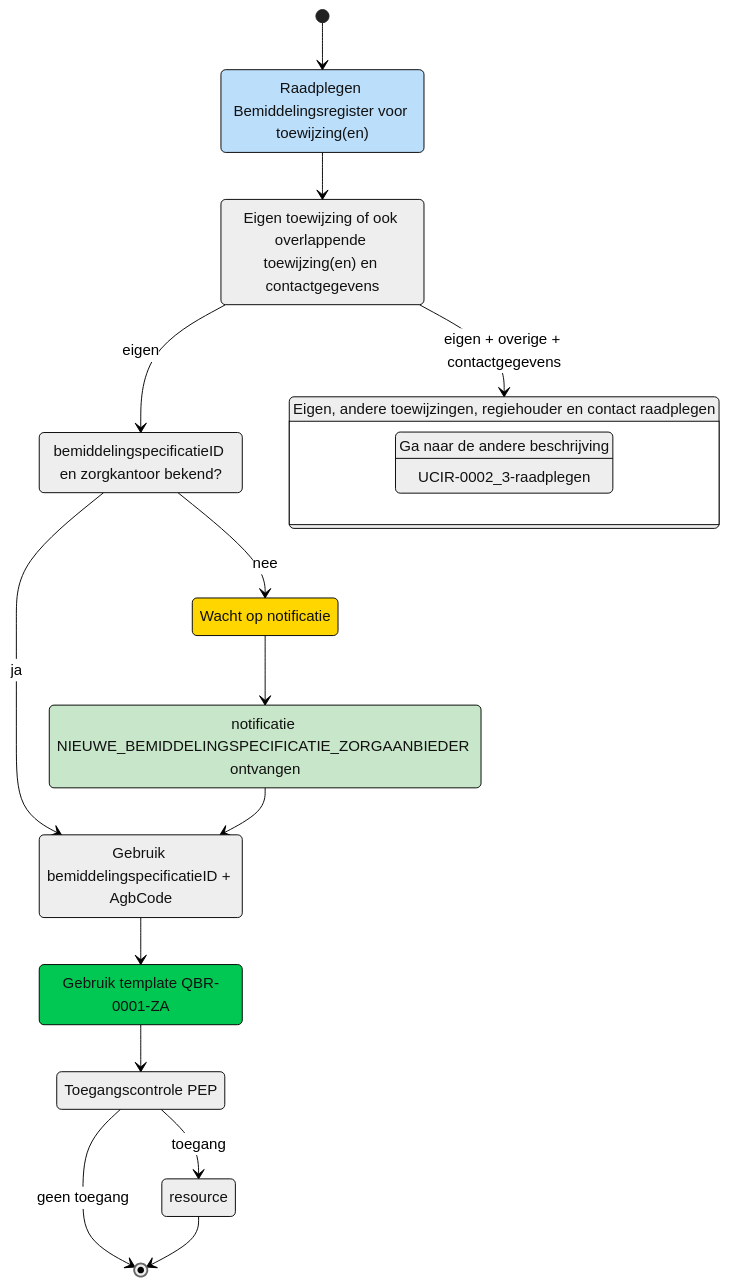
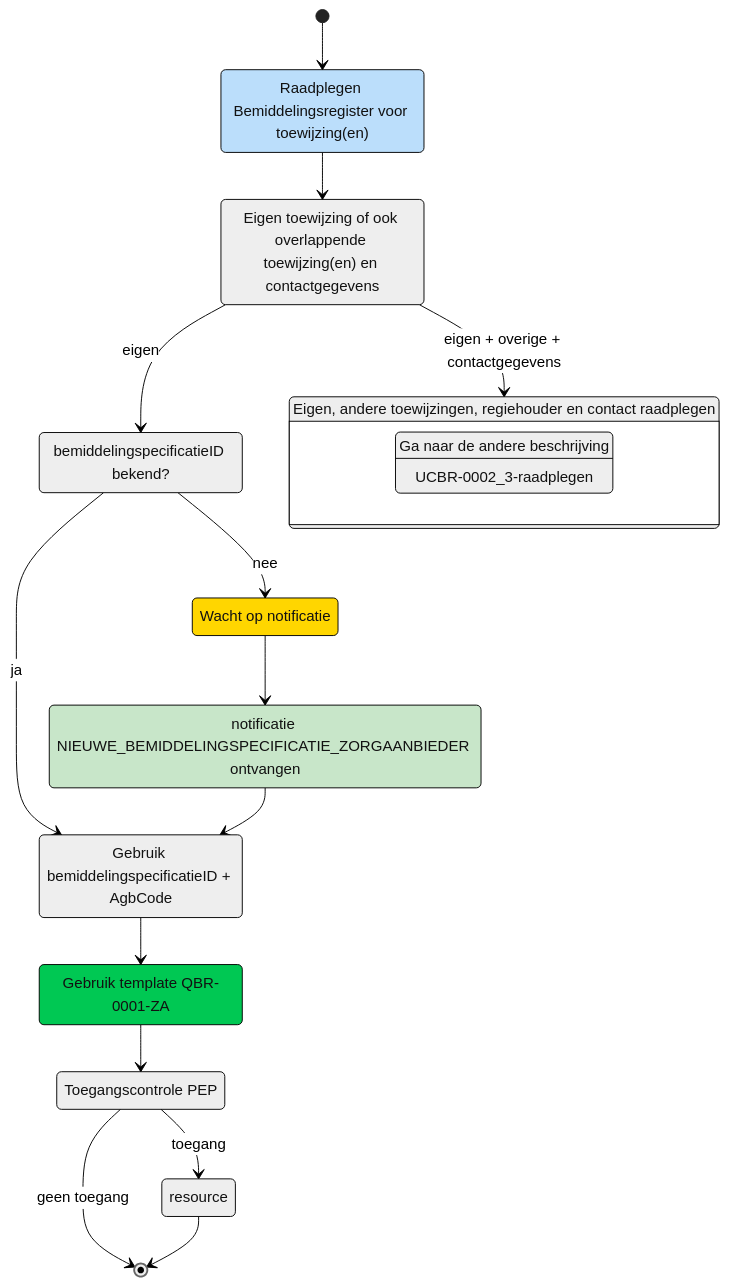
One commit to iStandaarden/iWlz-bemiddeling changed the second of 2 diagrams in raadplegen/zorgaanbieder/UCBR-0001-raadplegen.md. Above: the diagram before and after it, drawn with Mermaid. The commit also changed other lines of this file and 30 other files, not shown here.

````diff
--- a/raadplegen/zorgaanbieder/UCBR-0001-raadplegen.md
+++ b/raadplegen/zorgaanbieder/UCBR-0001-raadplegen.md
@@ -55,44 +55,44 @@
 ```mermaid
 ---
 config:
   theme: neutral
   look: classic
 ---
 stateDiagram
   direction TB
 
   [*] --> raadplegen
   raadplegen --> welke
   welke --> idAvailable:eigen
   
   idAvailable --> notifyWait:nee
   idAvailable --> QBR0001ZAiq:ja
   notifyWait --> notifyReceive
   notifyReceive --> QBR0001ZAiq
   QBR0001ZAiq --> QBR0001ZA
     state andere {
     direction TB
     anderequery
   }
   welke --> andere:eigen + overige + contactgegevens
   QBR0001ZA --> PEP
   PEP --> [*]:geen toegang
   PEP --> resource:toegang
   resource --> [*]
   andere:Eigen, andere toewijzingen, regiehouder en contact raadplegen
   anderequery:Ga naar de andere beschrijving
-  anderequery: UCIR-0002_3-raadplegen
+  anderequery: UCBR-0002_3-raadplegen
   raadplegen:Raadplegen Bemiddelingsregister voor toewijzing(en)
   welke:Eigen toewijzing of ook overlappende toewijzing(en) en contactgegevens
-  idAvailable:bemiddelingspecificatieID en zorgkantoor bekend?
+  idAvailable:bemiddelingspecificatieID bekend?
   notifyWait:Wacht op notificatie
   QBR0001ZAiq:Gebruik bemiddelingspecificatieID + AgbCode
   notifyReceive:notificatie NIEUWE_BEMIDDELINGSPECIFICATIE_ZORGAANBIEDER ontvangen
   QBR0001ZA:Gebruik template QBR-0001-ZA
   PEP:Toegangscontrole PEP
   style raadplegen fill:#BBDEFB,color:none
   style notifyWait fill:#FFD600
   style notifyReceive fill:#C8E6C9
   style QBR0001ZA fill:#00C853
 
 ```
````
